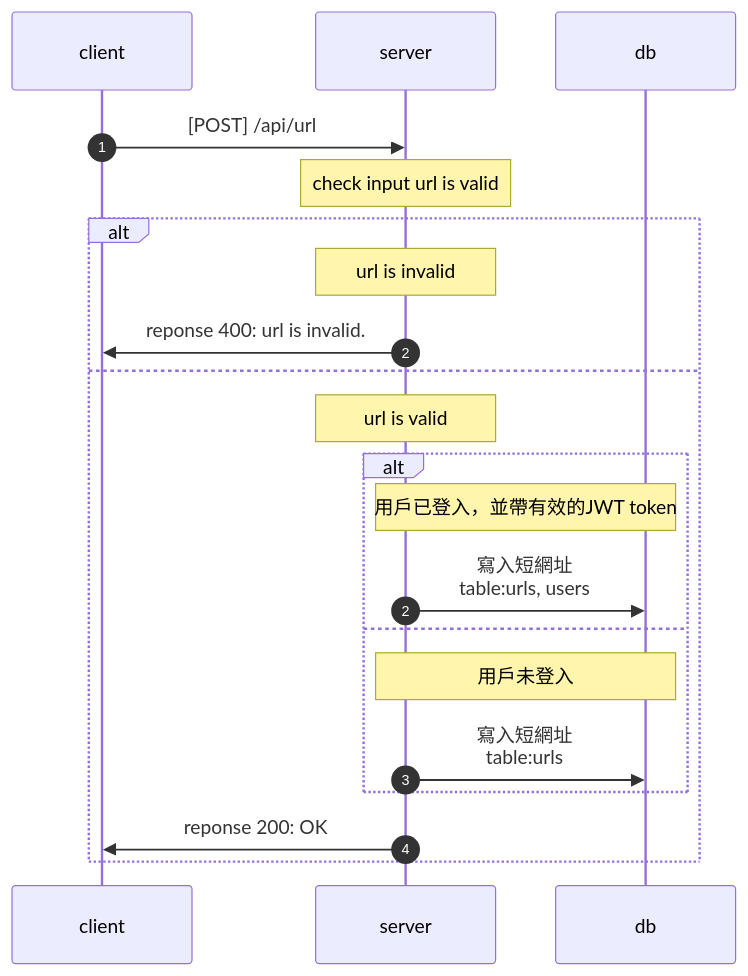
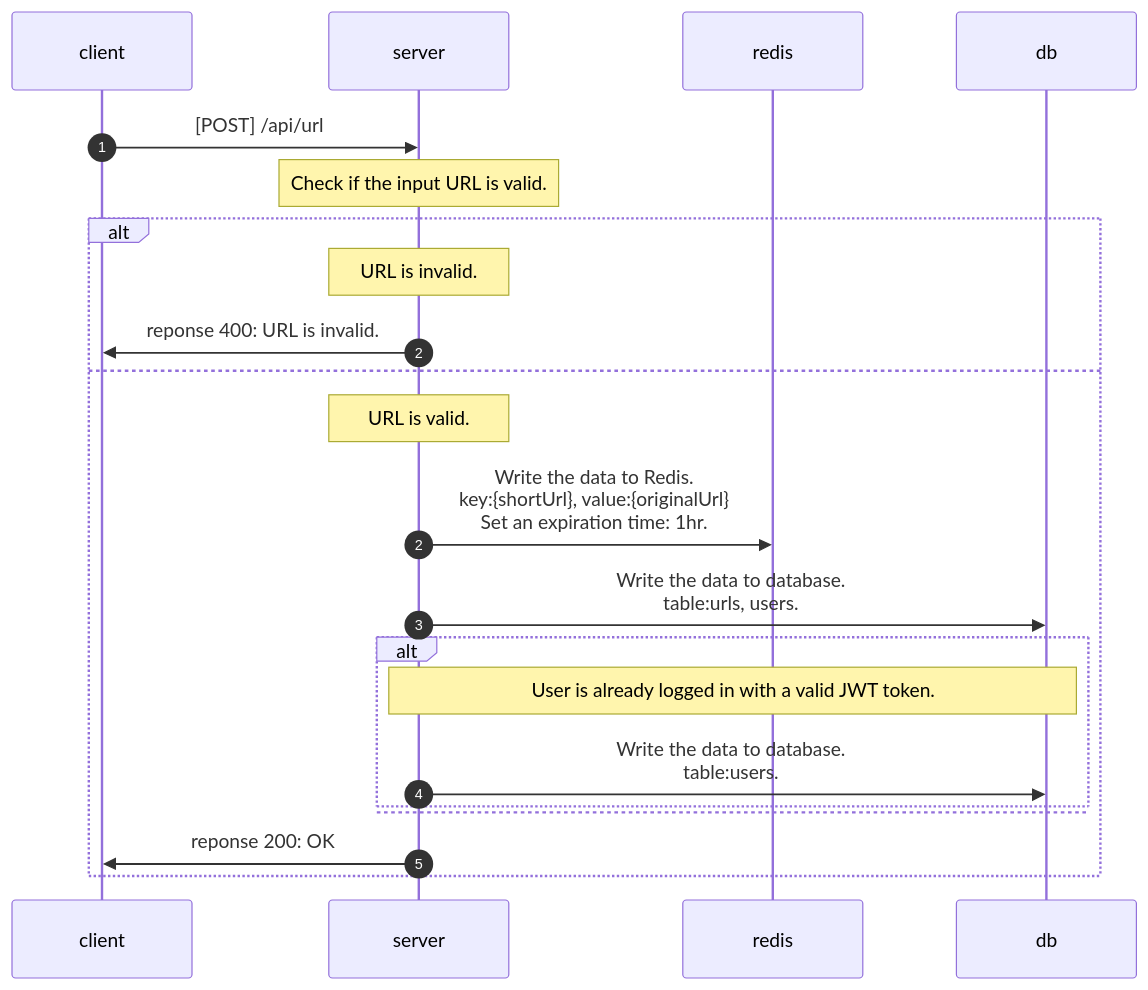
One commit to yanzzzzzzzzz/short_url_backend changed the first of 3 diagrams in docs/api/short_url_api.md. Above: the diagram before and after it, drawn with Mermaid. The commit also changed other lines of this file, not shown here.

````diff
--- a/docs/api/short_url_api.md
+++ b/docs/api/short_url_api.md
@@ -26,27 +26,27 @@
 ```mermaid
 sequenceDiagram
     participant client
     participant server
+    participant redis
     participant db
     
     autonumber 1
     client ->> server: [POST] /api/url
-    Note over server: check input url is valid
+    Note over server: Check if the input URL is valid.
     alt
-        Note over server: url is invalid
-        server ->> client: reponse 400: url is invalid.
+        Note over server: URL is invalid.
+        server ->> client: reponse 400: URL is invalid.
     else
         autonumber 2
-        Note over server: url is valid
-
+        Note over server: URL is valid.
+        server ->> redis: Write the data to Redis.<br>key:{shortUrl}, value:{originalUrl}<br>Set an expiration time: 1hr.
+        server ->> db: Write the data to database.<br>table:urls, users.
         alt 
-            Note over server, db: 用戶已登入，並帶有效的JWT token
-            server ->> db: 寫入短網址<br>table:urls, users
+            Note over server, db: User is already logged in with a valid JWT token.
+                    server ->> db: Write the data to database.<br>table:users.
         else
-        Note over server, db: 用戶未登入
-            server ->> db: 寫入短網址<br>table:urls
         end
         
         server ->> client: reponse 200: OK
     end
 ```
````
